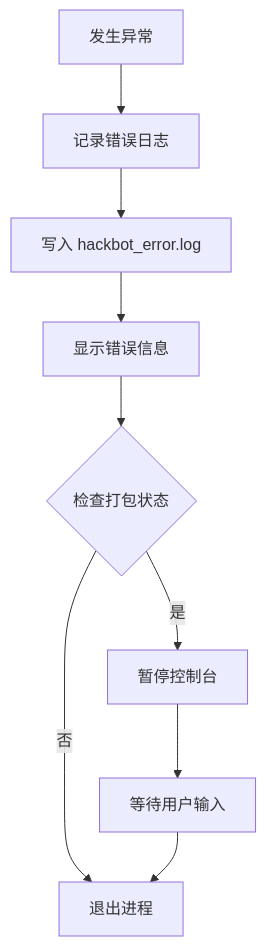
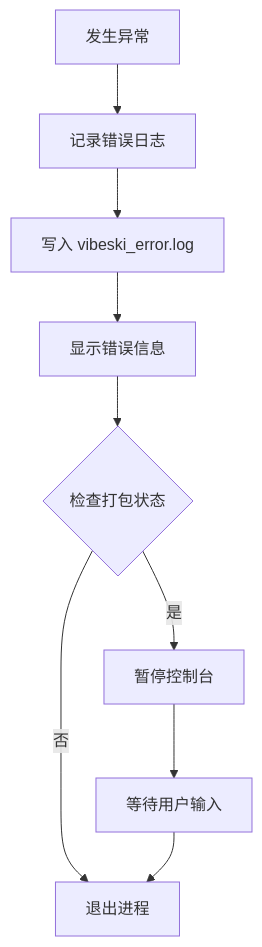
One commit to crabin/VIBESKI changed diagram 12 of 12 in .qoder/repowiki/zh/content/项目概述/Secbot v1.0.1 发布说明.md. Above: the diagram before and after it, drawn with Mermaid. The commit also changed other lines of this file and 170 other files, not shown here.

Commit message:
chore: rename all secbot/hackbot identifiers to vibeski

````diff
--- a/.qoder/repowiki/zh/content/项目概述/Secbot v1.0.1 发布说明.md
+++ b/.qoder/repowiki/zh/content/项目概述/Secbot v1.0.1 发布说明.md
@@ -520,11 +520,11 @@
 ```mermaid
 flowchart TD
 Error[发生异常] --> LogError[记录错误日志]
-LogError --> WriteFile[写入 hackbot_error.log]
+LogError --> WriteFile[写入 vibeski_error.log]
 WriteFile --> ShowError[显示错误信息]
 ShowError --> PauseCheck{检查打包状态}
 PauseCheck --> |是| PauseConsole[暂停控制台]
 PauseCheck --> |否| ExitProcess[退出进程]
 PauseConsole --> WaitUser[等待用户输入]
 WaitUser --> ExitProcess
 ```
````
